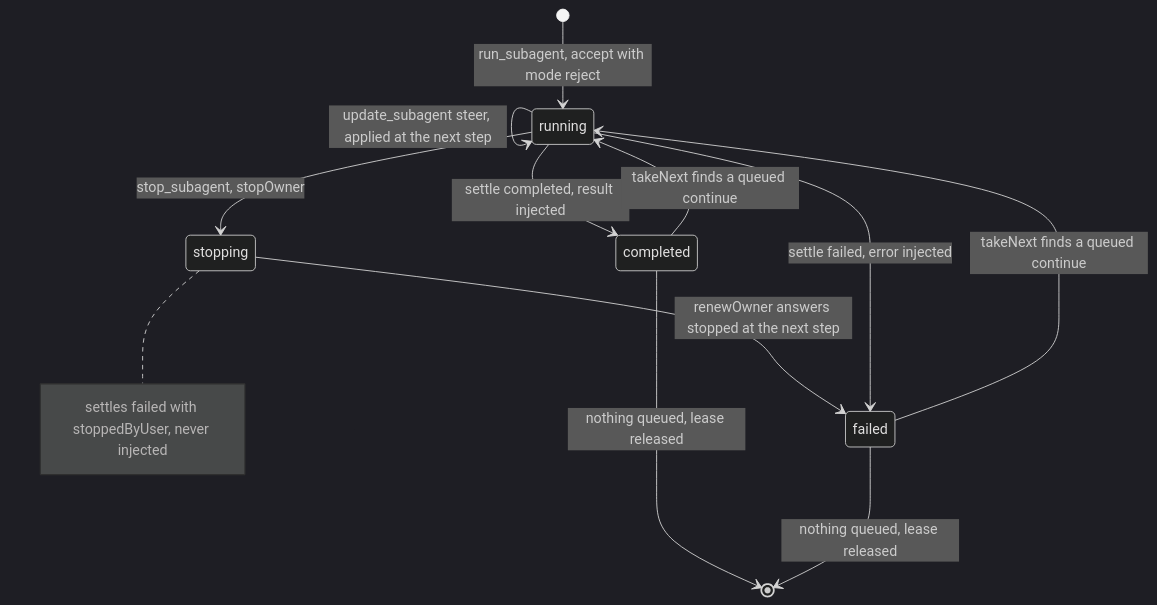
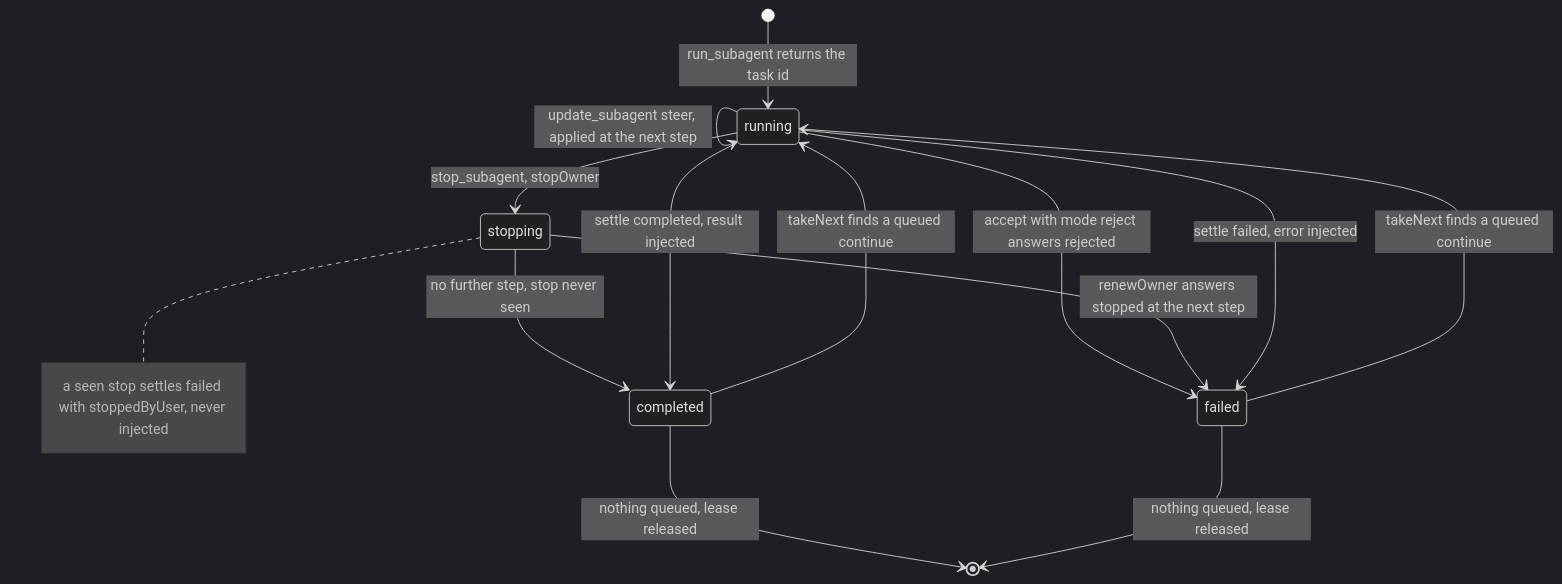
Before and after one commit to beeblastco/broods: the second of 4 diagrams in apps/docs/docs/internals/subagents.md, drawn with Mermaid (dark theme). The commit also changed other lines of this file and 8 other files, not shown here.

First line of the commit message:
docs: fix internals diagrams that disagreed with the code

````diff
--- a/apps/docs/docs/internals/subagents.md
+++ b/apps/docs/docs/internals/subagents.md
@@ -65,14 +65,16 @@
 ```mermaid
 stateDiagram-v2
-  [*] --> running: run_subagent, accept with mode reject
+  [*] --> running: run_subagent returns the task id
+  running --> failed: accept with mode reject answers rejected
   running --> running: update_subagent steer, applied at the next step
   running --> stopping: stop_subagent, stopOwner
   stopping --> failed: renewOwner answers stopped at the next step
+  stopping --> completed: no further step, stop never seen
   running --> completed: settle completed, result injected
   running --> failed: settle failed, error injected
   completed --> running: takeNext finds a queued continue
   failed --> running: takeNext finds a queued continue
   completed --> [*]: nothing queued, lease released
   failed --> [*]: nothing queued, lease released
-  note right of stopping: settles failed with stoppedByUser, never injected
+  note right of stopping: a seen stop settles failed with stoppedByUser, never injected
 ```
````
